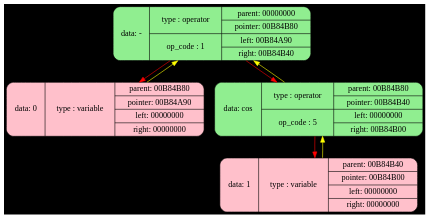
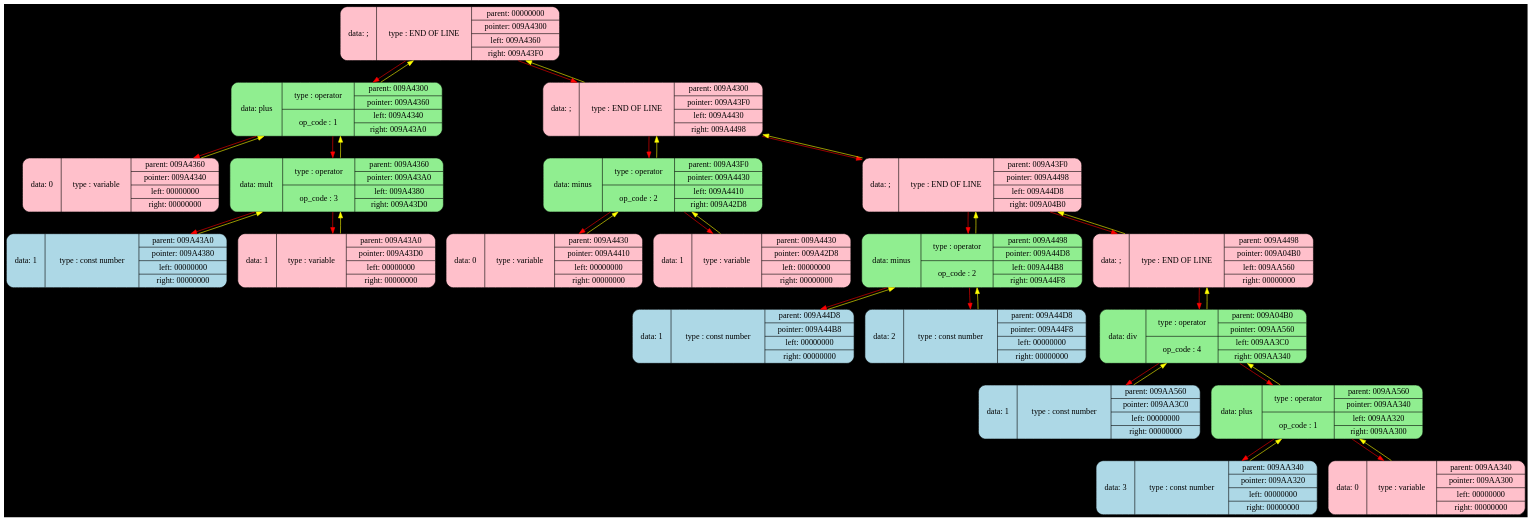
The diagram in tree.dmp.dot (SANEKDASH/FilyakLanguage), drawn with Graphviz before and after one commit. The commit also changed 31 other files, not shown here.

```diff
--- a/tree.dmp.dot
+++ b/tree.dmp.dot
@@ -1,21 +1,69 @@
 digraph List
 {
 	rankdir = TB;
 	graph [bgcolor = "black"]
 	node[color ="black", fontsize=14, shape = Mrecord];
 	edge[color = "red", fontcolor = "blue",fontsize = 12];
 
 
-node00B84B80 [style = filled, fillcolor = "lightgreen", shape = Mrecord, label = "data: - | {type : operator | op_code : 1} | {parent: 00000000 | pointer: 00B84B80 | left: 00B84A90 | right: 00B84B40} "]
-node00B84A90 [style = filled, fillcolor = "pink", shape = Mrecord, label = "data: 0 | type : variable | {parent: 00B84B80 | pointer: 00B84A90 | left: 00000000 | right: 00000000} "]
-node00B84B40 [style = filled, fillcolor = "lightgreen", shape = Mrecord, label = "data: cos | {type : operator | op_code : 5} | {parent: 00B84B80 | pointer: 00B84B40 | left: 00000000 | right: 00B84B00} "]
-node00B84B00 [style = filled, fillcolor = "pink", shape = Mrecord, label = "data: 1 | type : variable | {parent: 00B84B40 | pointer: 00B84B00 | left: 00000000 | right: 00000000} "]
-node00B84B80->node00B84A90
-node00B84B80->node00B84B40
-node00B84A90->node00B84B80[color = "yellow"]
-node00B84B40->node00B84B80[color = "yellow"]
-node00B84B40->node00B84B00
-node00B84B00->node00B84B40[color = "yellow"]
+node009A4300 [style = filled, fillcolor = "pink", shape = Mrecord, label = "data: ; | type : END OF LINE | {parent: 00000000 | pointer: 009A4300 | left: 009A4360 | right: 009A43F0} "]
+node009A4360 [style = filled, fillcolor = "lightgreen", shape = Mrecord, label = "data: plus | {type : operator | op_code : 1} | {parent: 009A4300 | pointer: 009A4360 | left: 009A4340 | right: 009A43A0} "]
+node009A4340 [style = filled, fillcolor = "pink", shape = Mrecord, label = "data: 0 | type : variable | {parent: 009A4360 | pointer: 009A4340 | left: 00000000 | right: 00000000} "]
+node009A43A0 [style = filled, fillcolor = "lightgreen", shape = Mrecord, label = "data: mult | {type : operator | op_code : 3} | {parent: 009A4360 | pointer: 009A43A0 | left: 009A4380 | right: 009A43D0} "]
+node009A4380 [style = filled, fillcolor = "lightblue", shape = Mrecord, label = "data: 1 | type : const number | {parent: 009A43A0 | pointer: 009A4380 | left: 00000000 | right: 00000000} "]
+node009A43D0 [style = filled, fillcolor = "pink", shape = Mrecord, label = "data: 1 | type : variable | {parent: 009A43A0 | pointer: 009A43D0 | left: 00000000 | right: 00000000} "]
+node009A43F0 [style = filled, fillcolor = "pink", shape = Mrecord, label = "data: ; | type : END OF LINE | {parent: 009A4300 | pointer: 009A43F0 | left: 009A4430 | right: 009A4498} "]
+node009A4430 [style = filled, fillcolor = "lightgreen", shape = Mrecord, label = "data: minus | {type : operator | op_code : 2} | {parent: 009A43F0 | pointer: 009A4430 | left: 009A4410 | right: 009A42D8} "]
+node009A4410 [style = filled, fillcolor = "pink", shape = Mrecord, label = "data: 0 | type : variable | {parent: 009A4430 | pointer: 009A4410 | left: 00000000 | right: 00000000} "]
+node009A42D8 [style = filled, fillcolor = "pink", shape = Mrecord, label = "data: 1 | type : variable | {parent: 009A4430 | pointer: 009A42D8 | left: 00000000 | right: 00000000} "]
+node009A4498 [style = filled, fillcolor = "pink", shape = Mrecord, label = "data: ; | type : END OF LINE | {parent: 009A43F0 | pointer: 009A4498 | left: 009A44D8 | right: 009A04B0} "]
+node009A44D8 [style = filled, fillcolor = "lightgreen", shape = Mrecord, label = "data: minus | {type : operator | op_code : 2} | {parent: 009A4498 | pointer: 009A44D8 | left: 009A44B8 | right: 009A44F8} "]
+node009A44B8 [style = filled, fillcolor = "lightblue", shape = Mrecord, label = "data: 1 | type : const number | {parent: 009A44D8 | pointer: 009A44B8 | left: 00000000 | right: 00000000} "]
+node009A44F8 [style = filled, fillcolor = "lightblue", shape = Mrecord, label = "data: 2 | type : const number | {parent: 009A44D8 | pointer: 009A44F8 | left: 00000000 | right: 00000000} "]
+node009A04B0 [style = filled, fillcolor = "pink", shape = Mrecord, label = "data: ; | type : END OF LINE | {parent: 009A4498 | pointer: 009A04B0 | left: 009AA560 | right: 00000000} "]
+node009AA560 [style = filled, fillcolor = "lightgreen", shape = Mrecord, label = "data: div | {type : operator | op_code : 4} | {parent: 009A04B0 | pointer: 009AA560 | left: 009AA3C0 | right: 009AA340} "]
+node009AA3C0 [style = filled, fillcolor = "lightblue", shape = Mrecord, label = "data: 1 | type : const number | {parent: 009AA560 | pointer: 009AA3C0 | left: 00000000 | right: 00000000} "]
+node009AA340 [style = filled, fillcolor = "lightgreen", shape = Mrecord, label = "data: plus | {type : operator | op_code : 1} | {parent: 009AA560 | pointer: 009AA340 | left: 009AA320 | right: 009AA300} "]
+node009AA320 [style = filled, fillcolor = "lightblue", shape = Mrecord, label = "data: 3 | type : const number | {parent: 009AA340 | pointer: 009AA320 | left: 00000000 | right: 00000000} "]
+node009AA300 [style = filled, fillcolor = "pink", shape = Mrecord, label = "data: 0 | type : variable | {parent: 009AA340 | pointer: 009AA300 | left: 00000000 | right: 00000000} "]
+node009A4300->node009A4360
+node009A4300->node009A43F0
+node009A4360->node009A4340
+node009A4360->node009A4300[color = "yellow"]
+node009A4360->node009A43A0
+node009A4340->node009A4360[color = "yellow"]
+node009A43A0->node009A4380
+node009A43A0->node009A4360[color = "yellow"]
+node009A43A0->node009A43D0
+node009A4380->node009A43A0[color = "yellow"]
+node009A43D0->node009A43A0[color = "yellow"]
+node009A43F0->node009A4430
+node009A43F0->node009A4300[color = "yellow"]
+node009A43F0->node009A4498
+node009A4430->node009A4410
+node009A4430->node009A43F0[color = "yellow"]
+node009A4430->node009A42D8
+node009A4410->node009A4430[color = "yellow"]
+node009A42D8->node009A4430[color = "yellow"]
+node009A4498->node009A44D8
+node009A4498->node009A43F0[color = "yellow"]
+node009A4498->node009A04B0
+node009A44D8->node009A44B8
+node009A44D8->node009A4498[color = "yellow"]
+node009A44D8->node009A44F8
+node009A44B8->node009A44D8[color = "yellow"]
+node009A44F8->node009A44D8[color = "yellow"]
+node009A04B0->node009AA560
+node009A04B0->node009A4498[color = "yellow"]
+node009AA560->node009AA3C0
+node009AA560->node009A04B0[color = "yellow"]
+node009AA560->node009AA340
+node009AA3C0->node009AA560[color = "yellow"]
+node009AA340->node009AA320
+node009AA340->node009AA560[color = "yellow"]
+node009AA340->node009AA300
+node009AA320->node009AA340[color = "yellow"]
+node009AA300->node009AA340[color = "yellow"]
 
 
 }
```
